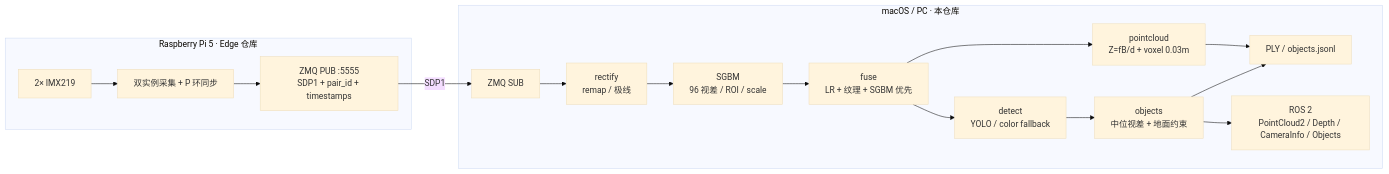
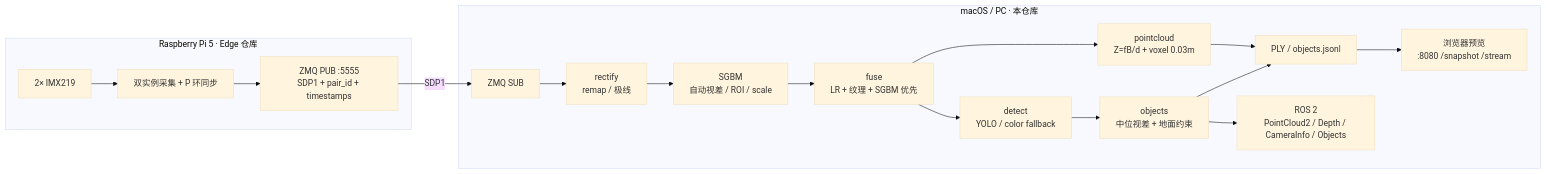
Before and after one commit to zmmmawzfl/pi5-stereo-perception-host: the diagram in README.md, drawn with Mermaid (base theme). The commit also changed other lines of this file and 1 other file, not shown here.

````diff
--- a/README.md
+++ b/README.md
@@ -41,21 +41,22 @@
 ```mermaid
 flowchart LR
     subgraph Pi["Raspberry Pi 5 · Edge 仓库"]
         CAM[2× IMX219] --> SYNC[双实例采集 + P 环同步]
         SYNC --> PUB[ZMQ PUB :5555<br/>SDP1 + pair_id + timestamps]
     end
 
     subgraph Host["macOS / PC · 本仓库"]
         SUB[ZMQ SUB] --> RECT[rectify<br/>remap / 极线]
-        RECT --> SGBM[SGBM<br/>96 视差 / ROI / scale]
+        RECT --> SGBM[SGBM<br/>自动视差 / ROI / scale]
         SGBM --> FUSE[fuse<br/>LR + 纹理 + SGBM 优先]
         FUSE --> DET[detect<br/>YOLO / color fallback]
         DET --> OBJ[objects<br/>中位视差 + 地面约束]
         FUSE --> CLOUD[pointcloud<br/>Z=fB/d + voxel 0.03m]
         OBJ --> OUT[PLY / objects.jsonl]
         CLOUD --> OUT
+        OUT --> PREV[浏览器预览<br/>:8080 /snapshot /stream]
         OBJ --> ROS[ROS 2<br/>PointCloud2 / Depth / CameraInfo / Objects]
     end
 
     PUB -->|SDP1| SUB
 ```
````
